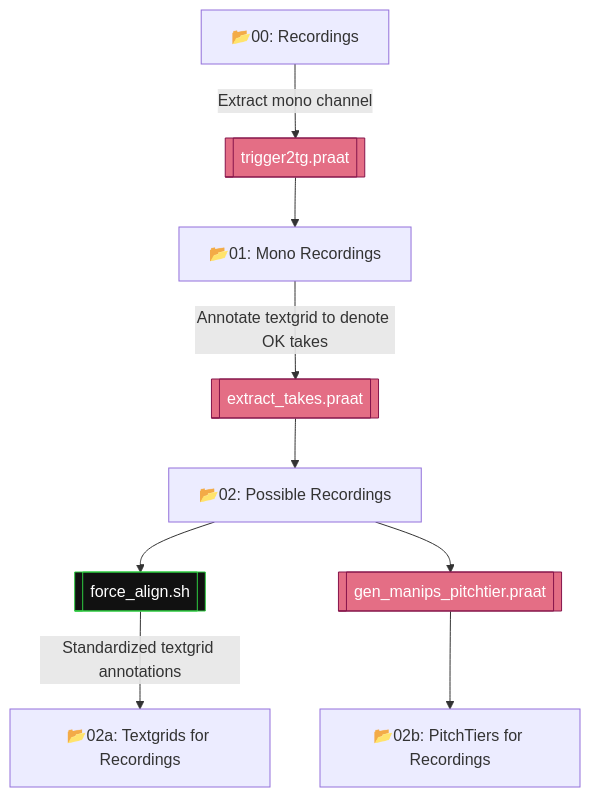
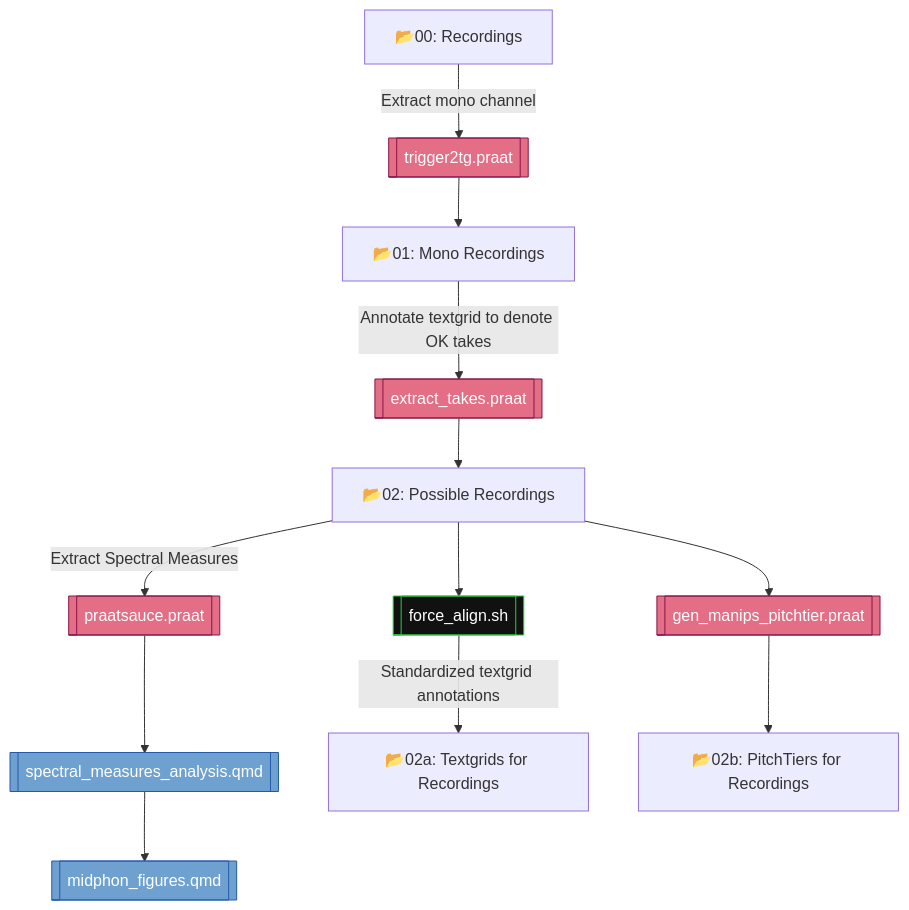
One commit to tsostarics/rise_stimuli changed the first of 6 diagrams in Writeups/flowchart.qmd. Above: the diagram before and after it, drawn with Mermaid. The commit also changed other lines of this file and 380 other files, not shown here.

````diff
--- a/Writeups/flowchart.qmd
+++ b/Writeups/flowchart.qmd
@@ -25,33 +27,43 @@
 ```{mermaid}
 flowchart TD
 classDef praat fill:#E46E85,stroke:#85144b,color:#ffffff;
 classDef python fill:#366994,stroke:#FFC331,color:#FFC331;
 classDef rstats fill:#6FA1D0,stroke:#245AAB,color:#ffffff;
 classDef shell fill:#111111,stroke:#2ECC40,color:#ffffff;
 %% Files to make
 TriggerScript[[trigger2tg.praat]]
 ExtractTakes[[extract_takes.praat]]
 MFA[[force_align.sh]]
 PitchTierScript[[gen_manips_pitchtier.praat]]
+PraatSauce[[praatsauce.praat]]
+SpectralAnalysis[[spectral_measures_analysis.qmd]]
+MidPhonFigs[[midphon_figures.qmd]]
 
 class TriggerScript praat
 class ExtractTakes praat
 class MFA shell
 class PitchTierScript praat
+class PraatSauce praat
+class SpectralAnalysis rstats
+class MidPhonFigs rstats
+
 
 %% Define Directories
 RawRec["📂00: Recordings"]
 MonoRec["📂01: Mono Recordings"]
 PossibleRecs["📂02: Possible Recordings"]
 Textgrids["📂02a: Textgrids for Recordings"]
 PitchTiers["📂02b: PitchTiers for Recordings"]
 
 
 
 RawRec -- Extract mono channel --> TriggerScript --> MonoRec
     MonoRec -- Annotate textgrid to denote OK takes --> ExtractTakes
     ExtractTakes --> PossibleRecs
     PossibleRecs --> MFA -- Standardized textgrid annotations --> Textgrids
     PossibleRecs --> PitchTierScript --> PitchTiers
     
+PossibleRecs -- Extract Spectral Measures --> PraatSauce
+  PraatSauce --> SpectralAnalysis --> MidPhonFigs
+    
 ```
````
